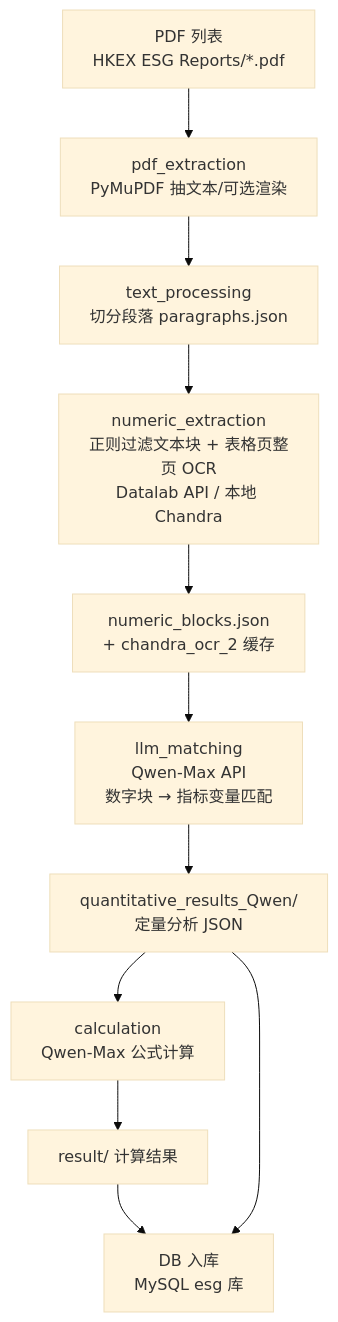
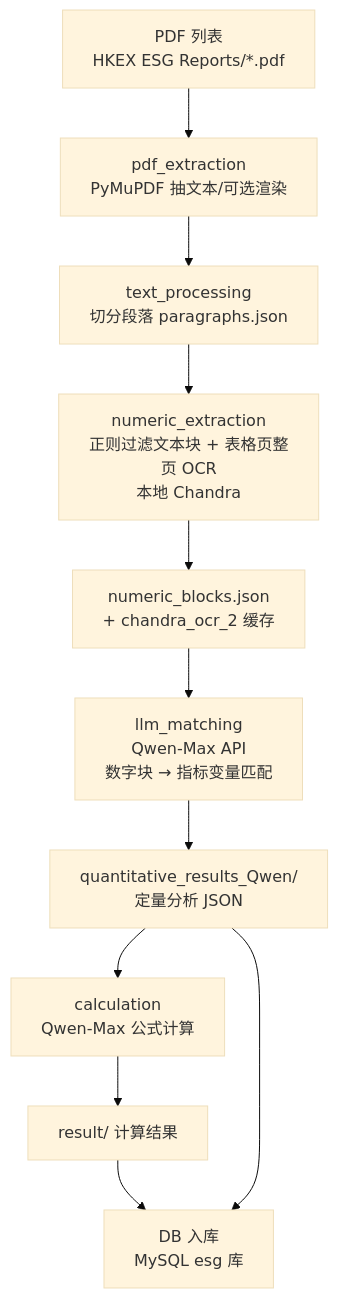
The diagram in memory_docs/ESG_Pipeline_Full_Workflow.md (Evelyn-atg/esg-sync), drawn with Mermaid (base theme) before and after one commit. The commit also changed other lines of this file, not shown here.

Commit message:
docs: OCR backend is local Chandra only (Datalab API no longer used)

````diff
--- a/memory_docs/ESG_Pipeline_Full_Workflow.md
+++ b/memory_docs/ESG_Pipeline_Full_Workflow.md
@@ -12,13 +12,13 @@
 ```mermaid
 flowchart TB
     A["PDF 列表<br/>HKEX ESG Reports/*.pdf"] --> B["pdf_extraction<br/>PyMuPDF 抽文本/可选渲染"]
     B --> C["text_processing<br/>切分段落 paragraphs.json"]
-    C --> D["numeric_extraction<br/>正则过滤文本块 + 表格页整页 OCR<br/>Datalab API / 本地 Chandra"]
+    C --> D["numeric_extraction<br/>正则过滤文本块 + 表格页整页 OCR<br/>本地 Chandra"]
     D --> E["numeric_blocks.json<br/>+ chandra_ocr_2 缓存"]
     E --> F["llm_matching<br/>Qwen-Max API<br/>数字块 → 指标变量匹配"]
     F --> G["quantitative_results_Qwen/<br/>定量分析 JSON"]
     G --> H["calculation<br/>Qwen-Max 公式计算"]
     H --> I["result/ 计算结果"]
     I --> L["DB 入库<br/>MySQL esg 库"]
     G --> L
 ```
````
